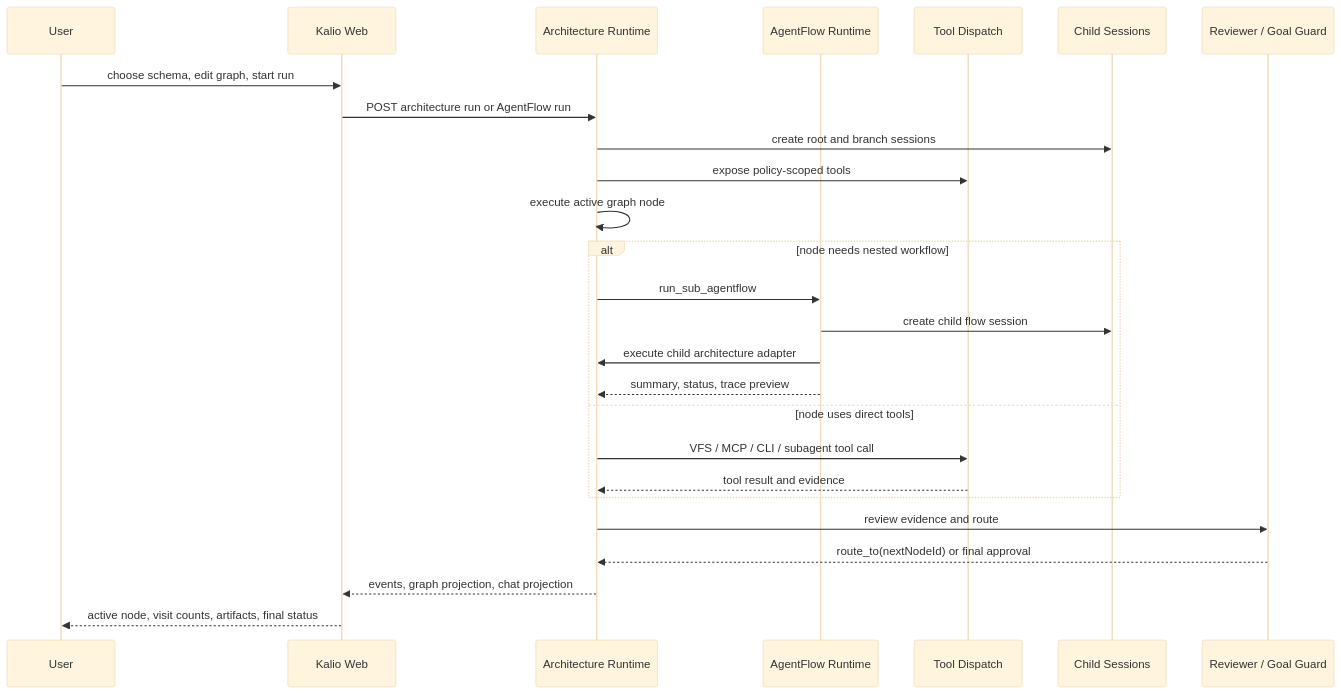
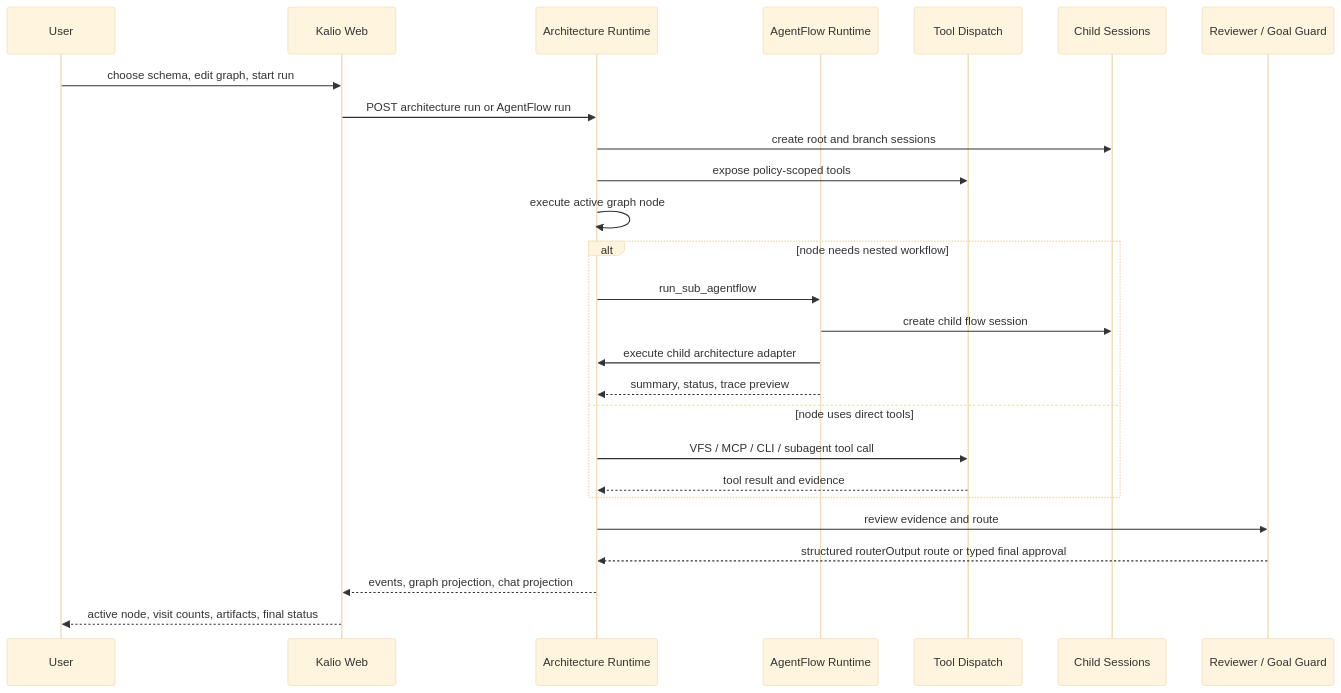
The third of 3 diagrams in docs/agentflow-architecture-and-workflow.md (Radomiej/kalio-forever), drawn with Mermaid (base theme) before and after one commit. The commit also changed other lines of this file and 101 other files, not shown here.

First line of the commit message:
feat: implement workflow runtime contract with typed error handling and structured outputs

````diff
--- a/docs/agentflow-architecture-and-workflow.md
+++ b/docs/agentflow-architecture-and-workflow.md
@@ -101,31 +109,31 @@
 ```mermaid
 sequenceDiagram
   participant U as User
   participant FE as Kalio Web
   participant AR as Architecture Runtime
   participant AF as AgentFlow Runtime
   participant T as Tool Dispatch
   participant C as Child Sessions
   participant Q as Reviewer / Goal Guard
 
   U->>FE: choose schema, edit graph, start run
   FE->>AR: POST architecture run or AgentFlow run
   AR->>C: create root and branch sessions
   AR->>T: expose policy-scoped tools
   AR->>AR: execute active graph node
 
   alt node needs nested workflow
     AR->>AF: run_sub_agentflow
     AF->>C: create child flow session
     AF->>AR: execute child architecture adapter
     AF-->>AR: summary, status, trace preview
   else node uses direct tools
     AR->>T: VFS / MCP / CLI / subagent tool call
     T-->>AR: tool result and evidence
   end
 
   AR->>Q: review evidence and route
-  Q-->>AR: route_to(nextNodeId) or final approval
+  Q-->>AR: structured routerOutput route or typed final approval
   AR-->>FE: events, graph projection, chat projection
   FE-->>U: active node, visit counts, artifacts, final status
 ```
````
